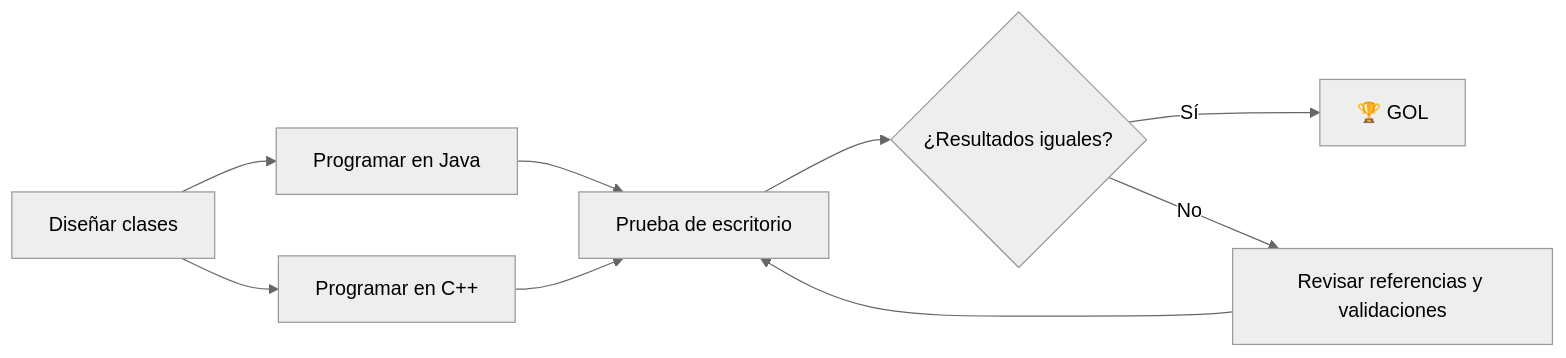
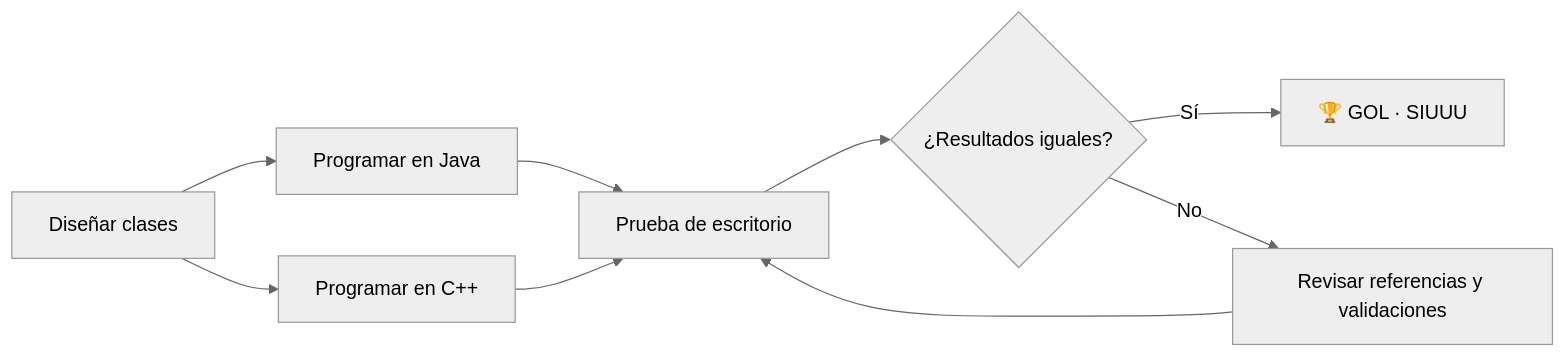
Before and after one commit to dereckflux/Guia-APE-4: the diagram in README.md, drawn with Mermaid (neutral theme). The commit also changed other lines of this file, not shown here.

````diff
--- a/README.md
+++ b/README.md
@@ -163,11 +160,11 @@
 ```mermaid
 flowchart LR
     A[Diseñar clases] --> B[Programar en Java]
     A --> C[Programar en C++]
     B --> D[Prueba de escritorio]
     C --> D
     D --> E{¿Resultados iguales?}
-    E -- Sí --> F[🏆 GOL]
+    E -- Sí --> F[🏆 GOL · SIUUU]
     E -- No --> G[Revisar referencias y validaciones]
     G --> D
 ```
````
